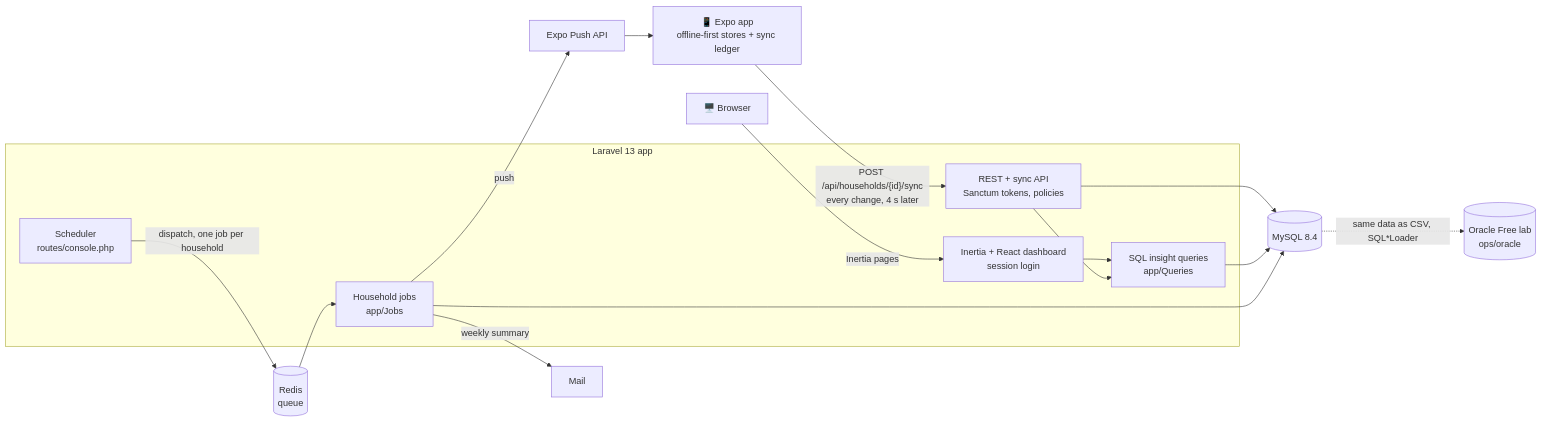
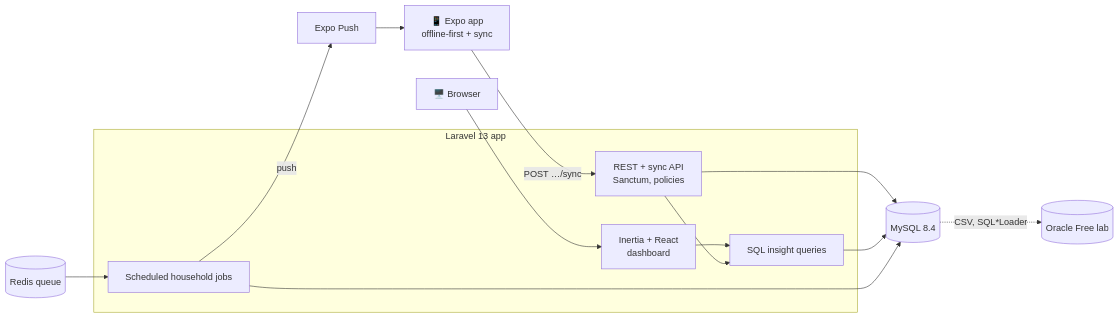
Before and after one commit to kgiannopoulou/home-helper-api: the diagram in README.md, drawn with Mermaid. The commit also changed other lines of this file and 8 other files, not shown here.

````diff
--- a/README.md
+++ b/README.md
@@ -23,33 +24,28 @@
 ```mermaid
 flowchart LR
-    phone["📱 Expo app<br/>offline-first stores + sync ledger"]
+    phone["📱 Expo app<br/>offline-first + sync"]
     browser["🖥️ Browser"]
 
     subgraph app["Laravel 13 app"]
-        api["REST + sync API<br/>Sanctum tokens, policies"]
-        web["Inertia + React dashboard<br/>session login"]
-        queries["SQL insight queries<br/>app/Queries"]
-        scheduler["Scheduler<br/>routes/console.php"]
-        jobs["Household jobs<br/>app/Jobs"]
+        api["REST + sync API<br/>Sanctum, policies"]
+        web["Inertia + React<br/>dashboard"]
+        queries["SQL insight queries"]
+        jobs["Scheduled household jobs"]
     end
 
     mysql[("MySQL 8.4")]
-    redis[("Redis<br/>queue")]
-    expo["Expo Push API"]
-    mail["Mail"]
-    oracle[("Oracle Free lab<br/>ops/oracle")]
+    redis[("Redis queue")]
+    expo["Expo Push"]
+    oracle[("Oracle Free lab")]
 
-    phone -- "POST /api/households/{id}/sync<br/>every change, 4 s later" --> api
-    browser -- "Inertia pages" --> web
+    phone -- "POST …/sync" --> api
+    browser --> web
     api --> mysql
     web --> queries
     api --> queries
     queries --> mysql
-    scheduler -- "dispatch, one job per household" --> redis
     redis --> jobs
     jobs --> mysql
-    jobs -- "push" --> expo
-    expo --> phone
-    jobs -- "weekly summary" --> mail
-    mysql -. "same data as CSV, SQL*Loader" .-> oracle
+    jobs -- "push" --> expo --> phone
+    mysql -. "CSV, SQL*Loader" .-> oracle
 ```
````
